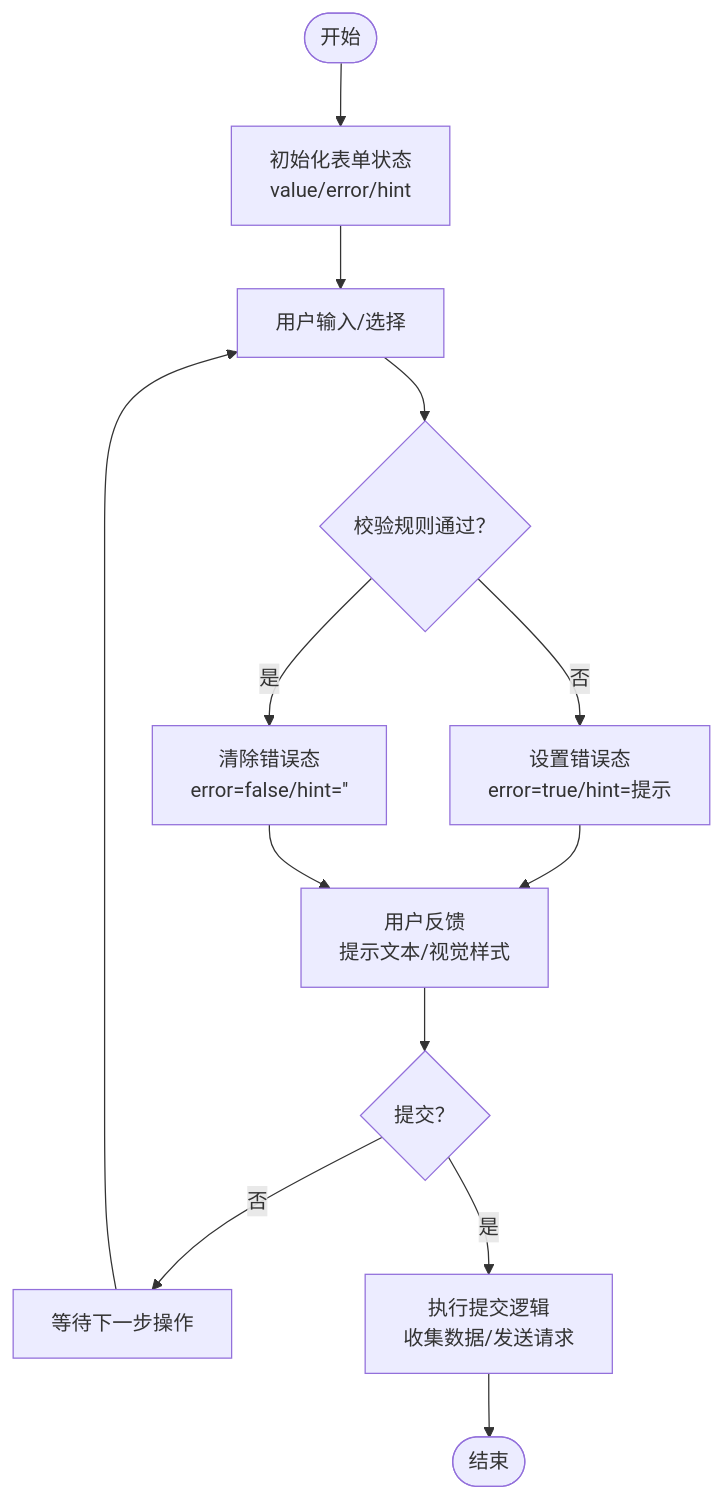
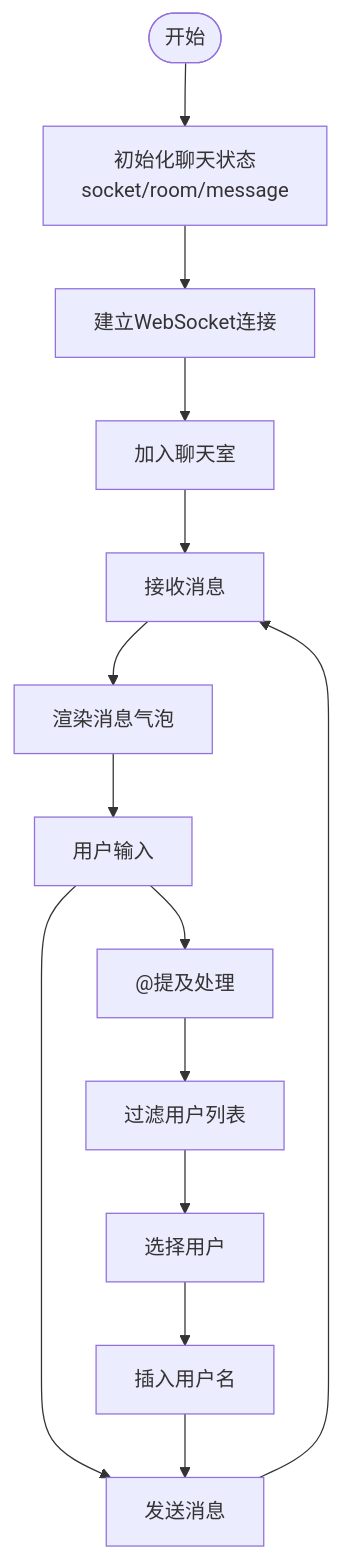
The fourth of 5 diagrams in .qoder/repowiki/zh/content/表单处理系统/表单处理系统.md (HAOFUYANG/nextjs-admin), drawn with Mermaid before and after one commit. The commit also changed other lines of this file and 36 other files, not shown here.

````diff
--- a/.qoder/repowiki/zh/content/表单处理系统/表单处理系统.md
+++ b/.qoder/repowiki/zh/content/表单处理系统/表单处理系统.md
@@ -351,15 +320,16 @@
 ```mermaid
 flowchart TD
-Start(["开始"]) --> Init["初始化表单状态<br/>value/error/hint"]
-Init --> Input["用户输入/选择"]
-Input --> Validate{"校验规则通过？"}
-Validate --> |否| SetError["设置错误态<br/>error=true/hint=提示"]
-Validate --> |是| ClearError["清除错误态<br/>error=false/hint=''"]
-SetError --> Feedback["用户反馈<br/>提示文本/视觉样式"]
-ClearError --> Feedback
-Feedback --> Submit{"提交？"}
-Submit --> |否| Wait["等待下一步操作"]
-Submit --> |是| OnSubmit["执行提交逻辑<br/>收集数据/发送请求"]
-OnSubmit --> End(["结束"])
-Wait --> Input
+Start(["开始"]) --> Init["初始化聊天状态<br/>socket/room/message"]
+Init --> Connect["建立WebSocket连接"]
+Connect --> Join["加入聊天室"]
+Join --> Receive["接收消息"]
+Receive --> Render["渲染消息气泡"]
+Render --> Input["用户输入"]
+Input --> Send["发送消息"]
+Send --> Receive
+Input --> Mention["@提及处理"]
+Mention --> Filter["过滤用户列表"]
+Filter --> Select["选择用户"]
+Select --> Insert["插入用户名"]
+Insert --> Send
 ```
````
